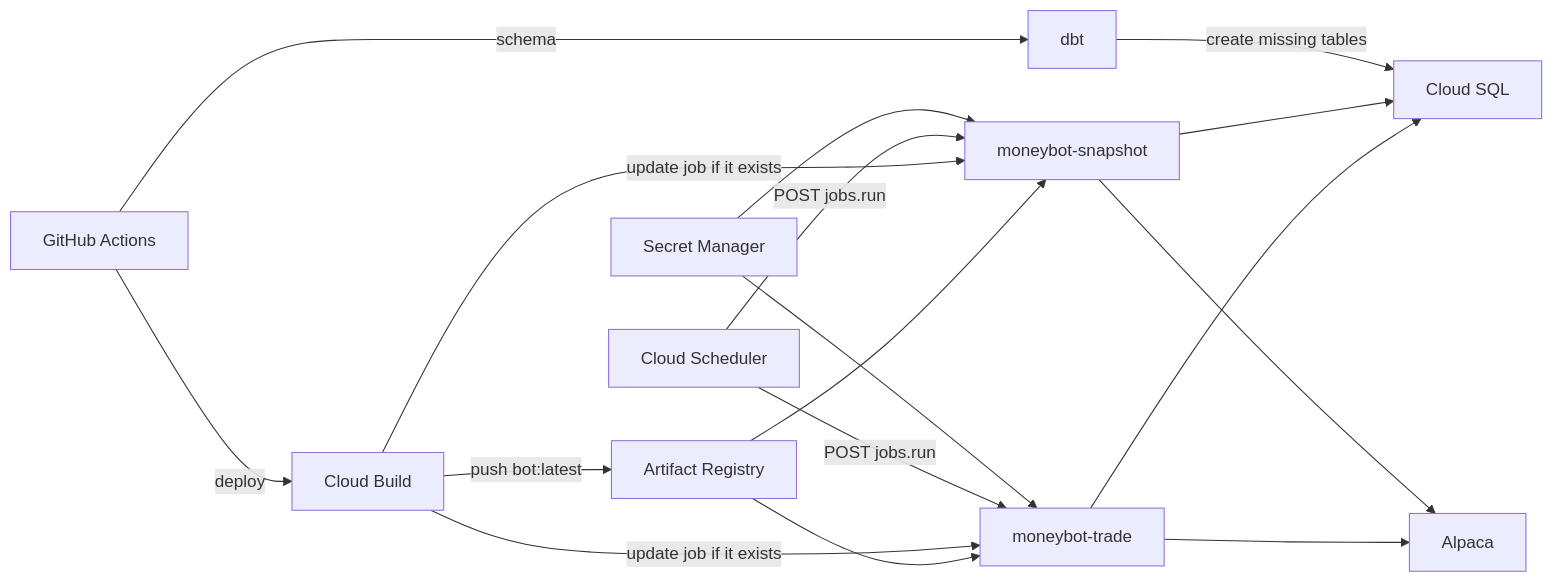
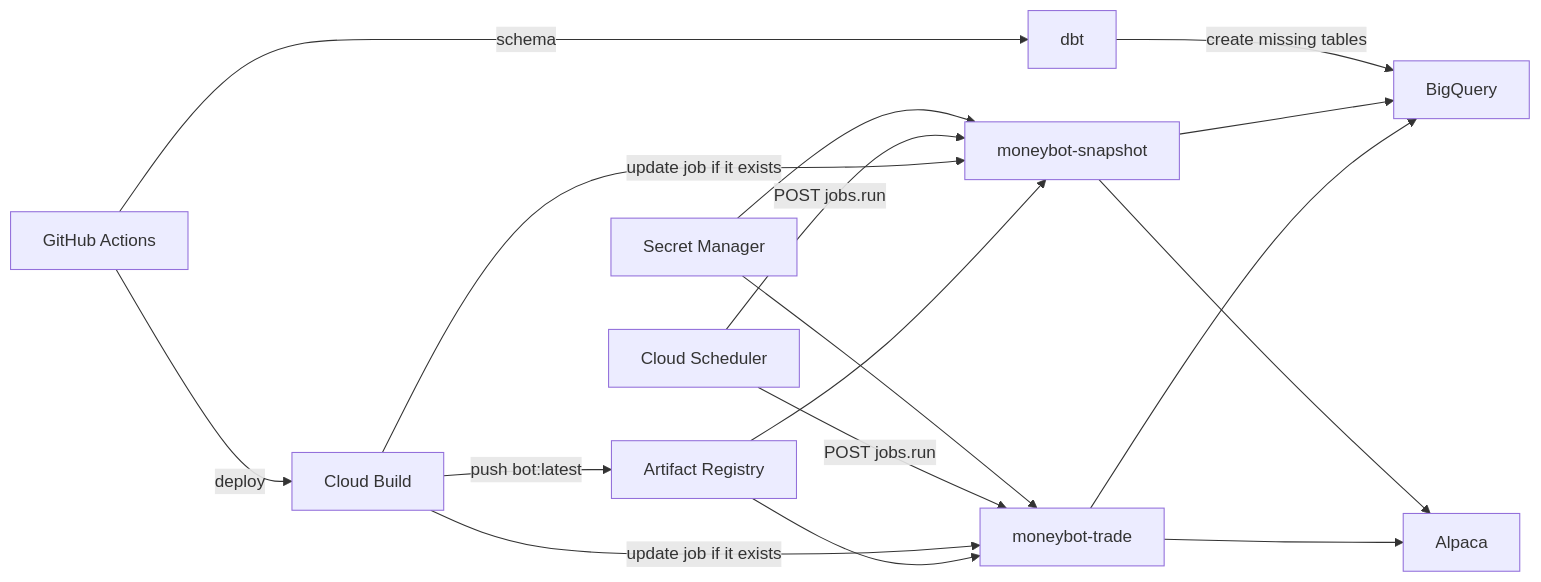
Before and after one commit to endecasilabo/moneybot: the diagram in readme.md, drawn with Mermaid. The commit also changed other lines of this file and 27 other files, not shown here.

First line of the commit message:
:sparkles: migra la persistencia de Cloud SQL a BigQuery

````diff
--- a/readme.md
+++ b/readme.md
@@ -116,30 +121,30 @@
 ```mermaid
 flowchart LR
   actions[GitHub Actions]
   build[Cloud Build]
   registry[Artifact Registry]
   trade["moneybot-trade"]
   snapshot["moneybot-snapshot"]
   scheduler[Cloud Scheduler]
   secrets[Secret Manager]
-  sql[Cloud SQL]
+  bq[BigQuery]
   dbtNode[dbt]
   alpaca[Alpaca]
 
   actions -->|"deploy"| build
   build -->|"push bot:latest"| registry
   registry --> trade
   registry --> snapshot
   build -->|"update job if it exists"| trade
   build -->|"update job if it exists"| snapshot
   scheduler -->|"POST jobs.run"| trade
   scheduler -->|"POST jobs.run"| snapshot
   secrets --> trade
   secrets --> snapshot
-  trade --> sql
-  snapshot --> sql
+  trade --> bq
+  snapshot --> bq
   trade --> alpaca
   snapshot --> alpaca
   actions -->|"schema"| dbtNode
-  dbtNode -->|"create missing tables"| sql
+  dbtNode -->|"create missing tables"| bq
 ```
````
